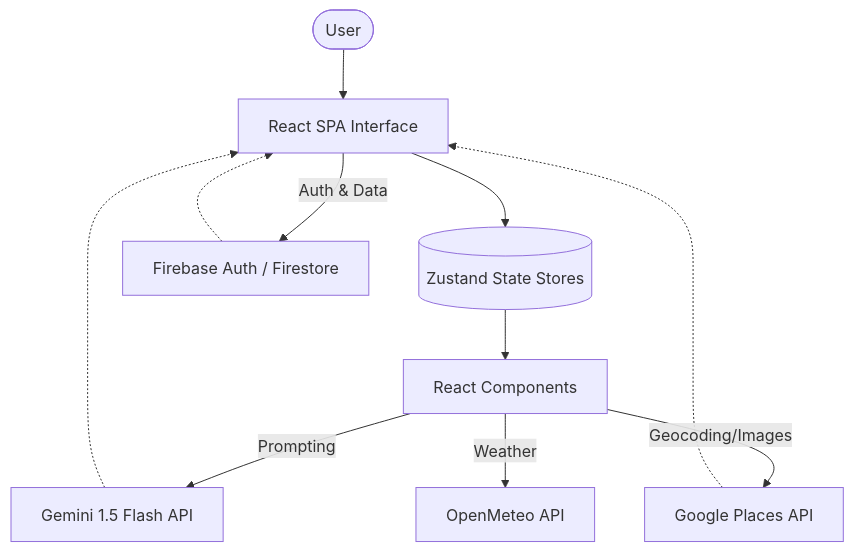
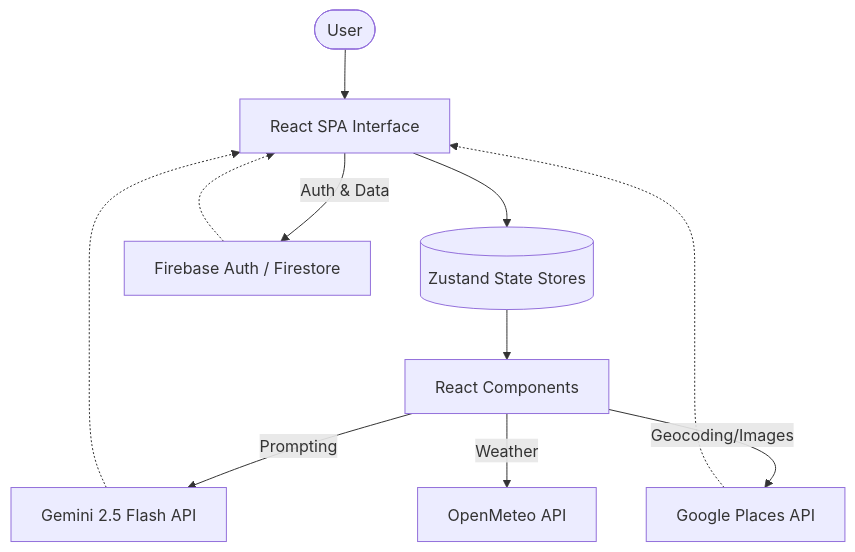
Before and after one commit to rohilkohli/WanderIQ: the diagram in README.md, drawn with Mermaid. The commit also changed other lines of this file and 27 other files, not shown here.

````diff
--- a/README.md
+++ b/README.md
@@ -14,16 +14,16 @@
 ```mermaid
 graph TD
     User([User]) --> UI[React SPA Interface]
     UI --> Stores[(Zustand State Stores)]
     Stores --> Components[React Components]
     
-    Components -- Prompting --> Gemini[Gemini 1.5 Flash API]
+    Components -- Prompting --> Gemini[Gemini 2.5 Flash API]
     Components -- Geocoding/Images --> GooglePlaces[Google Places API]
     Components -- Weather --> OpenMeteo[OpenMeteo API]
     
     UI -- Auth & Data --> Firebase[Firebase Auth / Firestore]
     
     Firebase -.-> UI
     Gemini -.-> UI
     GooglePlaces -.-> UI
 ```
````
